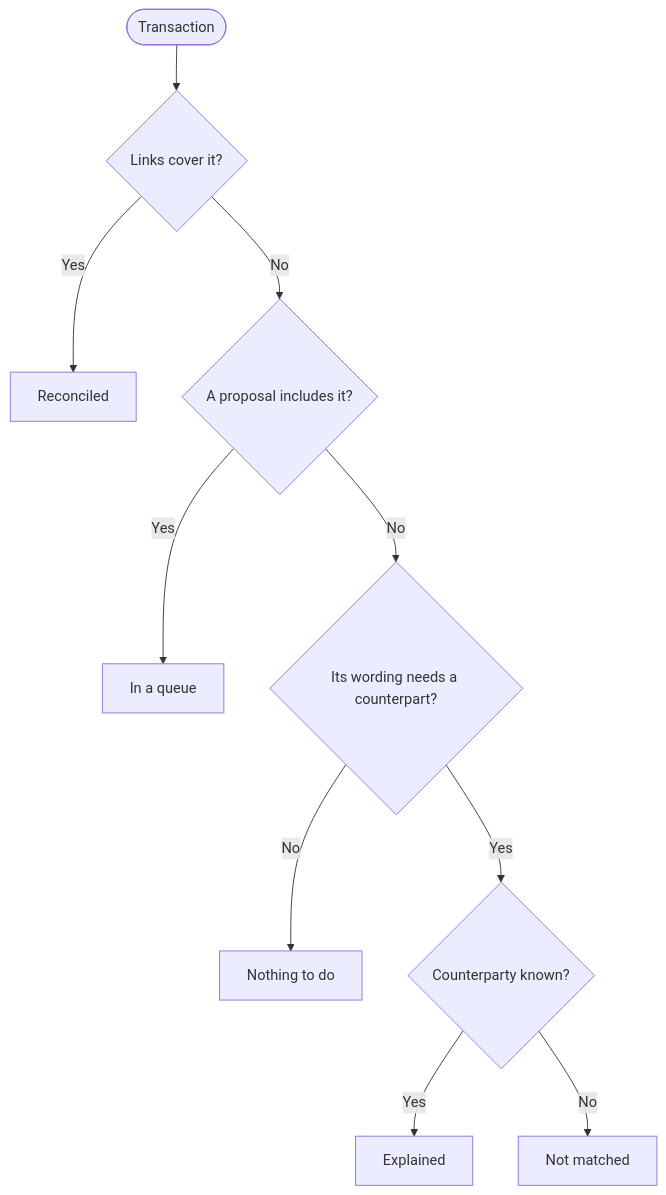
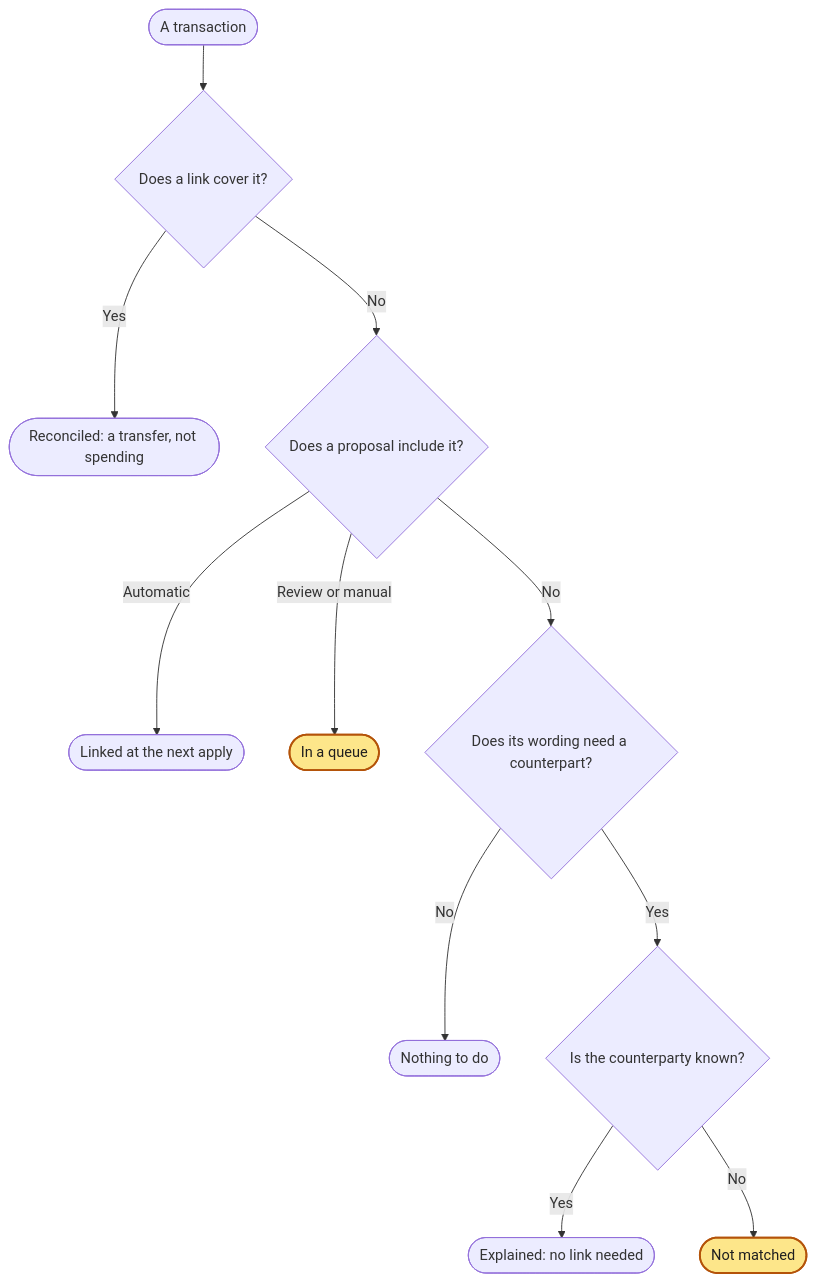
The fourth of 5 diagrams in docs/architecture/reconciliation.md (spinningyoyo/omsync), drawn with Mermaid before and after one commit. The commit also changed other lines of this file and 337 other files, not shown here.

````diff
--- a/docs/architecture/reconciliation.md
+++ b/docs/architecture/reconciliation.md
@@ -51,12 +53,15 @@
 ```mermaid
 flowchart TD
-    Start([Transaction]) --> Linked{Links cover it?}
-    Linked -->|Yes| Reconciled[Reconciled]
-    Linked -->|No| Proposed{A proposal includes it?}
-    Proposed -->|Yes| Queue[In a queue]
-    Proposed -->|No| Expected{Its wording needs a counterpart?}
-    Expected -->|No| Done[Nothing to do]
-    Expected -->|Yes| Known{Counterparty known?}
-    Known -->|Yes| Explained[Explained]
-    Known -->|No| NM[Not matched]
+    Start([A transaction]) --> Linked{Does a link cover it?}
+    Linked -->|Yes| Reconciled([Reconciled: a transfer, not spending])
+    Linked -->|No| Proposed{Does a proposal include it?}
+    Proposed -->|Automatic| Auto([Linked at the next apply])
+    Proposed -->|Review or manual| Queue([In a queue])
+    Proposed -->|No| Expected{Does its wording need a counterpart?}
+    Expected -->|No| Done([Nothing to do])
+    Expected -->|Yes| Known{Is the counterparty known?}
+    Known -->|Yes| Explained([Explained: no link needed])
+    Known -->|No| NM([Not matched])
+    class Queue,NM waits
+    classDef waits fill:#fde68a,stroke:#b45309,stroke-width:2px,color:#1f1f1f
 ```
````
